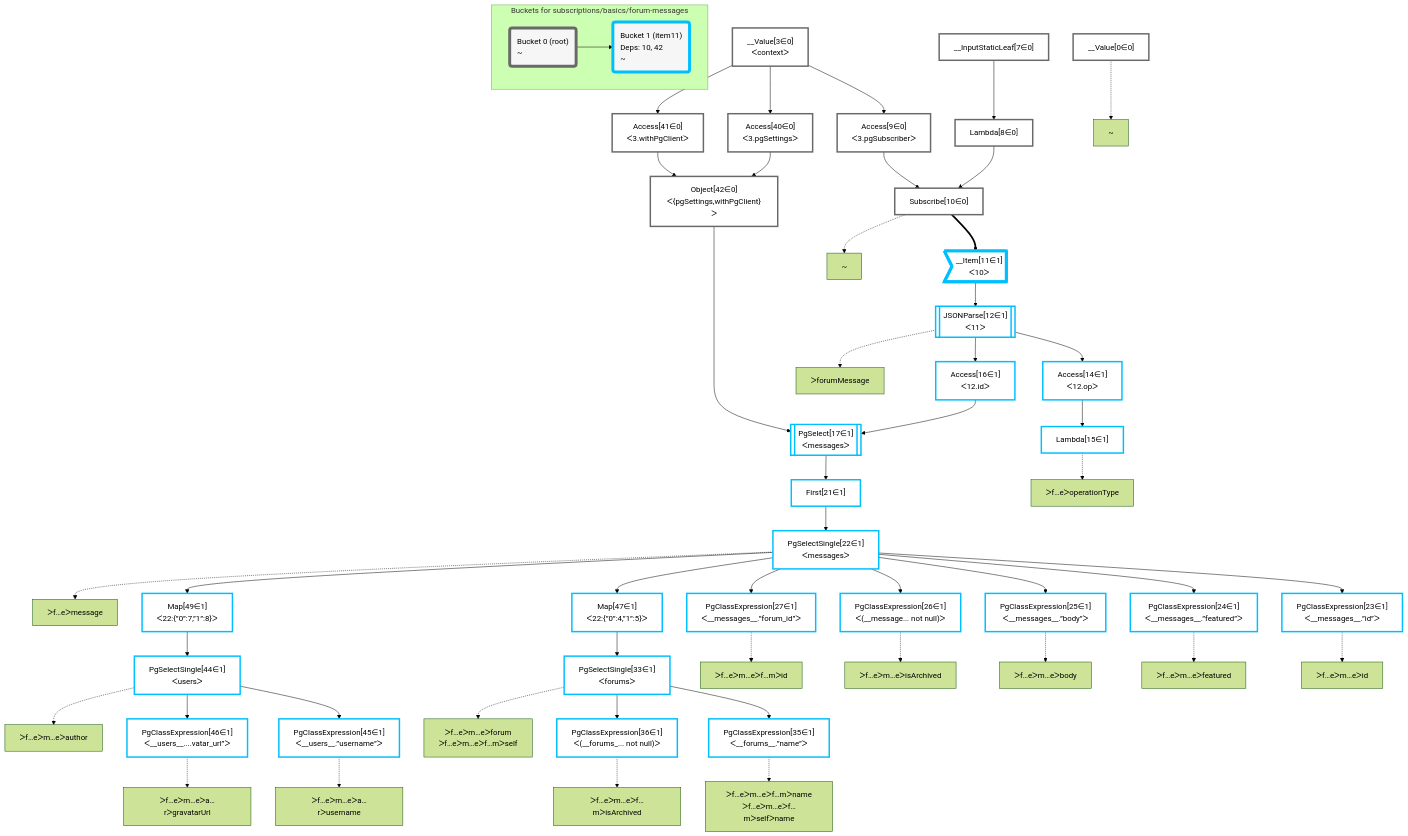
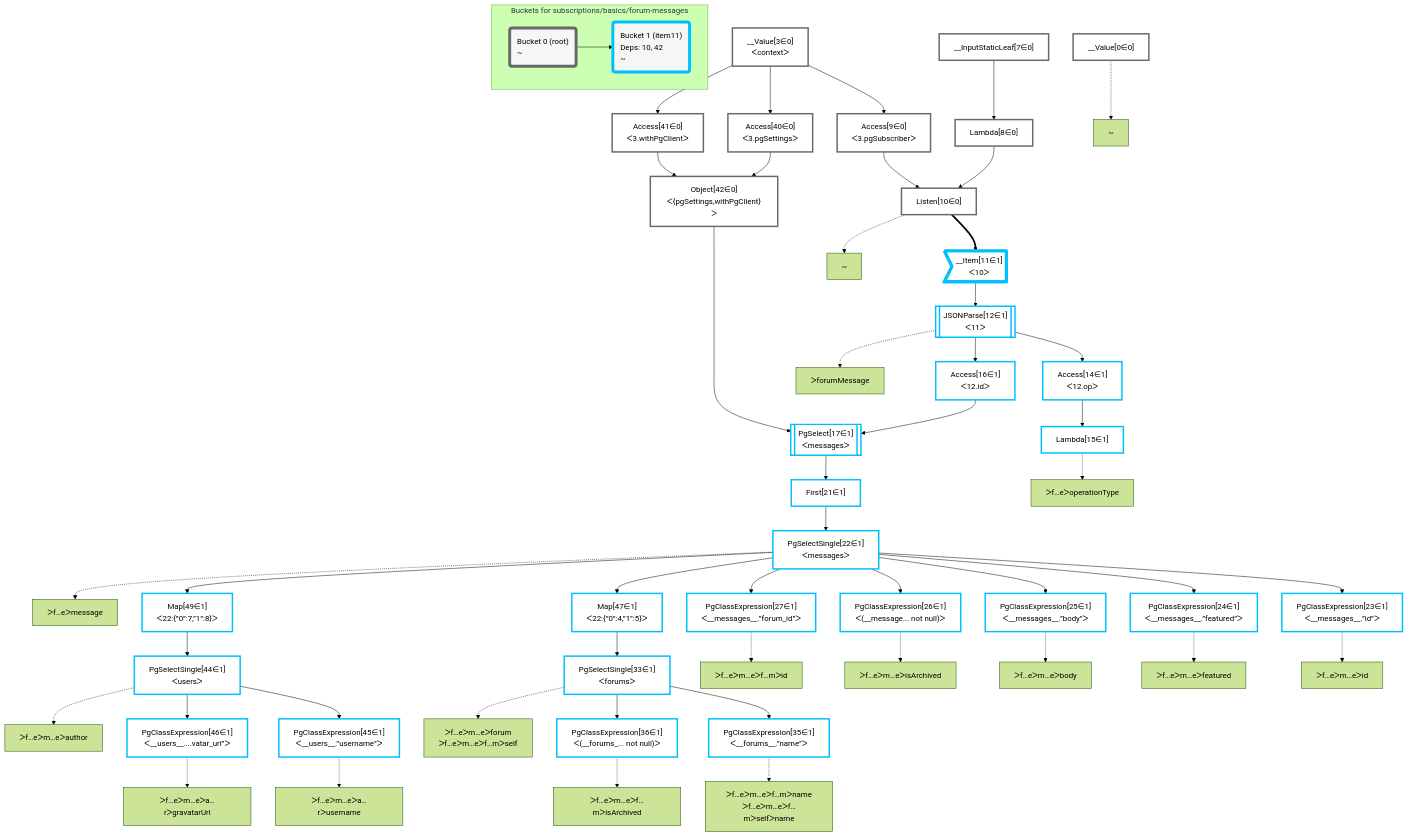
The diagram in packages/dataplan-pg/__tests__/subscriptions/basics/forum-messages.mermaid (graphile/crystal), drawn with Mermaid (forest theme) before and after one commit. The commit also changed 2 other files, not shown here.

Commit message:
Update plan and data

```diff
--- a/packages/dataplan-pg/__tests__/subscriptions/basics/forum-messages.mermaid
+++ b/packages/dataplan-pg/__tests__/subscriptions/basics/forum-messages.mermaid
@@ -1,112 +1,112 @@
 graph TD
     classDef path fill:#eee,stroke:#000,color:#000
     classDef plan fill:#fff,stroke-width:3px,color:#000
     classDef itemplan fill:#fff,stroke-width:6px,color:#000
     classDef sideeffectplan fill:#f00,stroke-width:6px,color:#000
     classDef bucket fill:#f6f6f6,color:#000,stroke-width:6px,text-align:left
 
 
     %% define plans
     __Value0["__Value[0∈0]"]:::plan
     __Value3["__Value[3∈0]<br />ᐸcontextᐳ"]:::plan
     __InputStaticLeaf7["__InputStaticLeaf[7∈0]"]:::plan
     Lambda8["Lambda[8∈0]"]:::plan
     Access9["Access[9∈0]<br />ᐸ3.pgSubscriberᐳ"]:::plan
-    Subscribe10["Subscribe[10∈0]"]:::plan
+    Listen10["Listen[10∈0]"]:::plan
     __Item11>"__Item[11∈1]<br />ᐸ10ᐳ"]:::itemplan
     JSONParse12[["JSONParse[12∈1]<br />ᐸ11ᐳ"]]:::plan
     Access14["Access[14∈1]<br />ᐸ12.opᐳ"]:::plan
     Lambda15["Lambda[15∈1]"]:::plan
     Access16["Access[16∈1]<br />ᐸ12.idᐳ"]:::plan
     Access40["Access[40∈0]<br />ᐸ3.pgSettingsᐳ"]:::plan
     Access41["Access[41∈0]<br />ᐸ3.withPgClientᐳ"]:::plan
     Object42["Object[42∈0]<br />ᐸ{pgSettings,withPgClient}ᐳ"]:::plan
     PgSelect17[["PgSelect[17∈1]<br />ᐸmessagesᐳ"]]:::plan
     First21["First[21∈1]"]:::plan
     PgSelectSingle22["PgSelectSingle[22∈1]<br />ᐸmessagesᐳ"]:::plan
     PgClassExpression23["PgClassExpression[23∈1]<br />ᐸ__messages__.”id”ᐳ"]:::plan
     PgClassExpression24["PgClassExpression[24∈1]<br />ᐸ__messages__.”featured”ᐳ"]:::plan
     PgClassExpression25["PgClassExpression[25∈1]<br />ᐸ__messages__.”body”ᐳ"]:::plan
     PgClassExpression26["PgClassExpression[26∈1]<br />ᐸ(__message... not null)ᐳ"]:::plan
     PgClassExpression27["PgClassExpression[27∈1]<br />ᐸ__messages__.”forum_id”ᐳ"]:::plan
     Map47["Map[47∈1]<br />ᐸ22:{”0”:4,”1”:5}ᐳ"]:::plan
     PgSelectSingle33["PgSelectSingle[33∈1]<br />ᐸforumsᐳ"]:::plan
     PgClassExpression35["PgClassExpression[35∈1]<br />ᐸ__forums__.”name”ᐳ"]:::plan
     PgClassExpression36["PgClassExpression[36∈1]<br />ᐸ(__forums_... not null)ᐳ"]:::plan
     Map49["Map[49∈1]<br />ᐸ22:{”0”:7,”1”:8}ᐳ"]:::plan
     PgSelectSingle44["PgSelectSingle[44∈1]<br />ᐸusersᐳ"]:::plan
     PgClassExpression45["PgClassExpression[45∈1]<br />ᐸ__users__.”username”ᐳ"]:::plan
     PgClassExpression46["PgClassExpression[46∈1]<br />ᐸ__users__....vatar_url”ᐳ"]:::plan
 
     %% plan dependencies
     __InputStaticLeaf7 --> Lambda8
     __Value3 --> Access9
-    Access9 & Lambda8 --> Subscribe10
-    Subscribe10 ==> __Item11
+    Access9 & Lambda8 --> Listen10
+    Listen10 ==> __Item11
     __Item11 --> JSONParse12
     JSONParse12 --> Access14
     Access14 --> Lambda15
     JSONParse12 --> Access16
     __Value3 --> Access40
     __Value3 --> Access41
     Access40 & Access41 --> Object42
     Object42 & Access16 --> PgSelect17
     PgSelect17 --> First21
     First21 --> PgSelectSingle22
     PgSelectSingle22 --> PgClassExpression23
     PgSelectSingle22 --> PgClassExpression24
     PgSelectSingle22 --> PgClassExpression25
     PgSelectSingle22 --> PgClassExpression26
     PgSelectSingle22 --> PgClassExpression27
     PgSelectSingle22 --> Map47
     Map47 --> PgSelectSingle33
     PgSelectSingle33 --> PgClassExpression35
     PgSelectSingle33 --> PgClassExpression36
     PgSelectSingle22 --> Map49
     Map49 --> PgSelectSingle44
     PgSelectSingle44 --> PgClassExpression45
     PgSelectSingle44 --> PgClassExpression46
 
     %% plan-to-path relationships
     P0["~"]
     __Value0 -.-> P0
     P10["~"]
-    Subscribe10 -.-> P10
+    Listen10 -.-> P10
     P12["ᐳforumMessage"]
     JSONParse12 -.-> P12
     P15["ᐳf…eᐳoperationType"]
     Lambda15 -.-> P15
     P22["ᐳf…eᐳmessage"]
     PgSelectSingle22 -.-> P22
     P23["ᐳf…eᐳm…eᐳid"]
     PgClassExpression23 -.-> P23
     P24["ᐳf…eᐳm…eᐳfeatured"]
     PgClassExpression24 -.-> P24
     P25["ᐳf…eᐳm…eᐳbody"]
     PgClassExpression25 -.-> P25
     P26["ᐳf…eᐳm…eᐳisArchived"]
     PgClassExpression26 -.-> P26
     P27["ᐳf…eᐳm…eᐳf…mᐳid"]
     PgClassExpression27 -.-> P27
     P33["ᐳf…eᐳm…eᐳforum<br />ᐳf…eᐳm…eᐳf…mᐳself"]
     PgSelectSingle33 -.-> P33
     P35["ᐳf…eᐳm…eᐳf…mᐳname<br />ᐳf…eᐳm…eᐳf…mᐳselfᐳname"]
     PgClassExpression35 -.-> P35
     P36["ᐳf…eᐳm…eᐳf…mᐳisArchived"]
     PgClassExpression36 -.-> P36
     P44["ᐳf…eᐳm…eᐳauthor"]
     PgSelectSingle44 -.-> P44
     P45["ᐳf…eᐳm…eᐳa…rᐳusername"]
     PgClassExpression45 -.-> P45
     P46["ᐳf…eᐳm…eᐳa…rᐳgravatarUrl"]
     PgClassExpression46 -.-> P46
 
     subgraph "Buckets for subscriptions/basics/forum-messages"
     Bucket0("Bucket 0 (root)<br />~"):::bucket
     classDef bucket0 stroke:#696969
-    class Bucket0,__Value0,__Value3,__InputStaticLeaf7,Lambda8,Access9,Subscribe10,Access40,Access41,Object42 bucket0
+    class Bucket0,__Value0,__Value3,__InputStaticLeaf7,Lambda8,Access9,Listen10,Access40,Access41,Object42 bucket0
     Bucket1("Bucket 1 (item11)<br />Deps: 10, 42<br />~"):::bucket
     classDef bucket1 stroke:#00bfff
     class Bucket1,__Item11,JSONParse12,Access14,Lambda15,Access16,PgSelect17,First21,PgSelectSingle22,PgClassExpression23,PgClassExpression24,PgClassExpression25,PgClassExpression26,PgClassExpression27,PgSelectSingle33,PgClassExpression35,PgClassExpression36,PgSelectSingle44,PgClassExpression45,PgClassExpression46,Map47,Map49 bucket1
     Bucket0 --> Bucket1
     end
```
